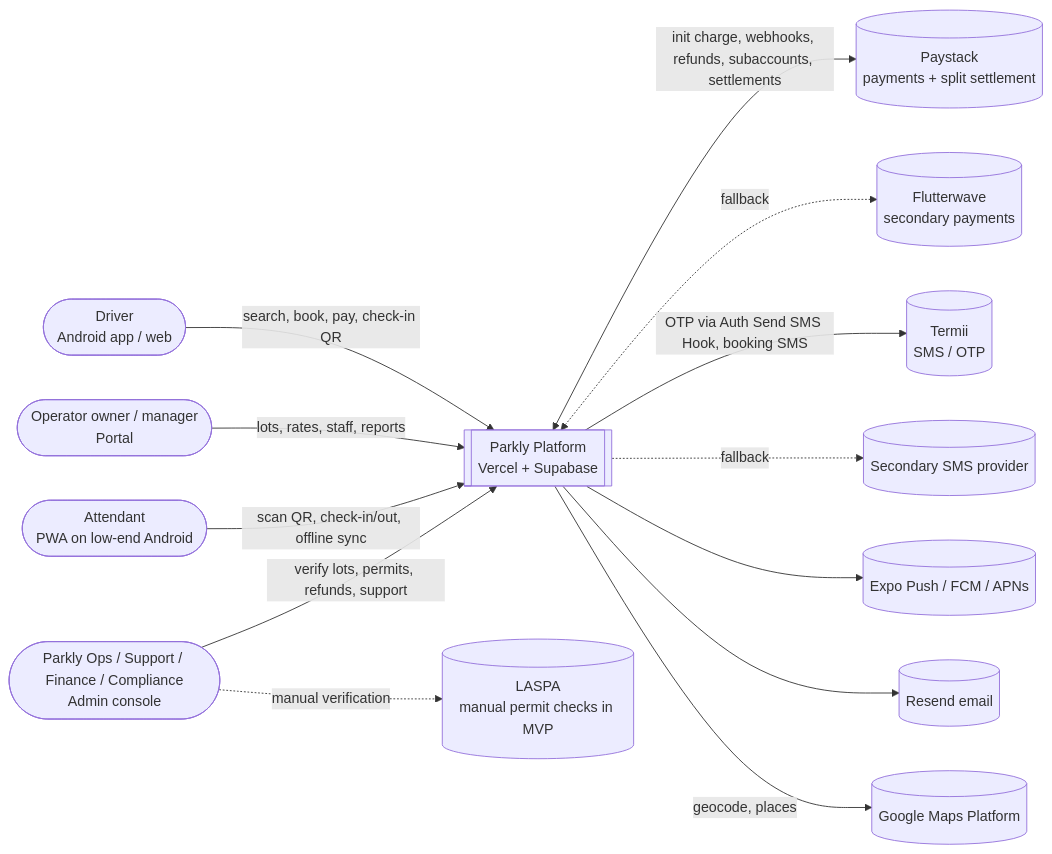
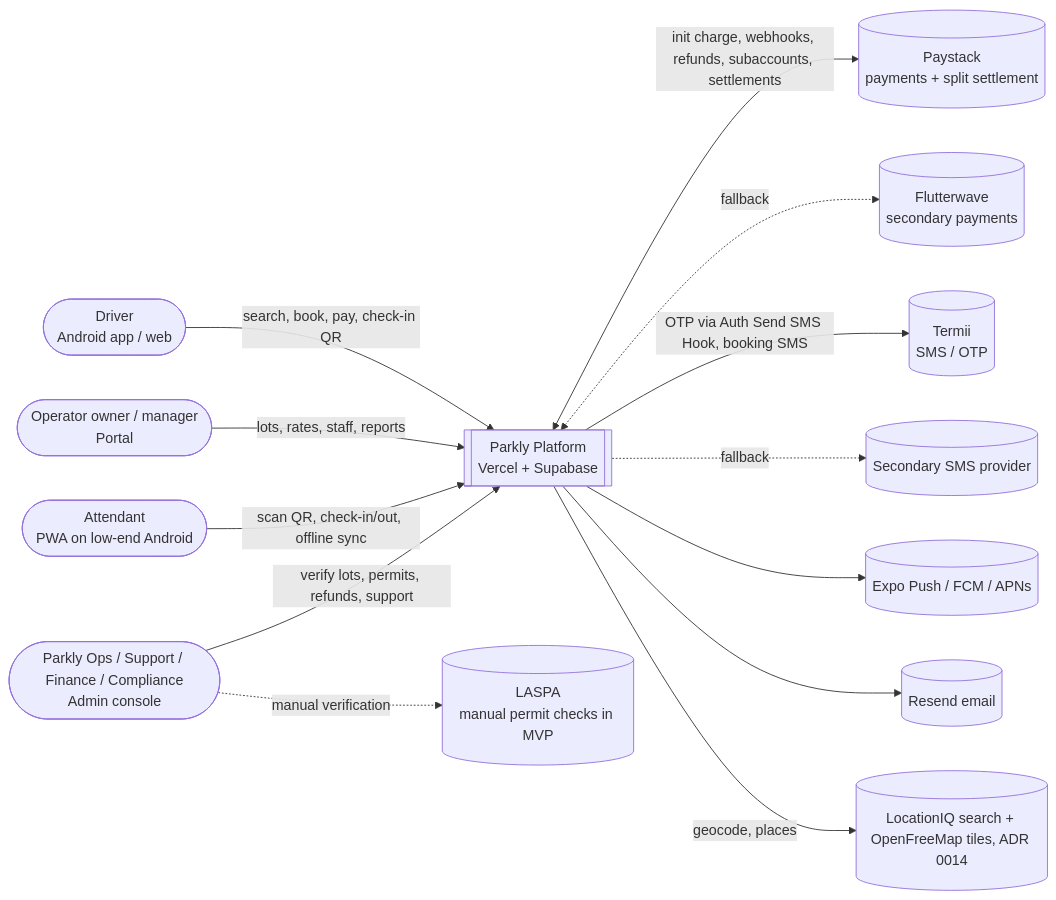
Before and after one commit to zanaspace/parkly: the first of 11 diagrams in parkly-app/docs/01 - System Architecture and System Designs.md, drawn with Mermaid. The commit also changed 19 other files, not shown here.

First line of the commit message:
feat: maps on results and lot pages with MapLibre and OpenFreeMap (Sprint 3 story 7, part 1)

````diff
--- a/parkly-app/docs/01 - System Architecture and System Designs.md
+++ b/parkly-app/docs/01 - System Architecture and System Designs.md
@@ -23,29 +23,29 @@
 ```mermaid
 flowchart LR
   driver([Driver<br/>Android app / web])
   op([Operator owner / manager<br/>Portal])
   att([Attendant<br/>PWA on low-end Android])
   ops([Parkly Ops / Support / Finance / Compliance<br/>Admin console])
   parkly[[Parkly Platform<br/>Vercel + Supabase]]
   paystack[(Paystack<br/>payments + split settlement)]
   flw[(Flutterwave<br/>secondary payments)]
   termii[(Termii<br/>SMS / OTP)]
   sms2[(Secondary SMS provider)]
   fcm[(Expo Push / FCM / APNs)]
   resend[(Resend email)]
-  gmaps[(Google Maps Platform)]
+  gmaps[(LocationIQ search + OpenFreeMap tiles, ADR 0014)]
   laspa[(LASPA<br/>manual permit checks in MVP)]
 
   driver -->|search, book, pay, check-in QR| parkly
   op -->|lots, rates, staff, reports| parkly
   att -->|scan QR, check-in/out, offline sync| parkly
   ops -->|verify lots, permits, refunds, support| parkly
   parkly <-->|init charge, webhooks, refunds, subaccounts, settlements| paystack
   parkly <-.->|fallback| flw
   parkly -->|OTP via Auth Send SMS Hook, booking SMS| termii
   parkly -.->|fallback| sms2
   parkly --> fcm
   parkly --> resend
   parkly -->|geocode, places| gmaps
   ops -.->|manual verification| laspa
 ```
````
